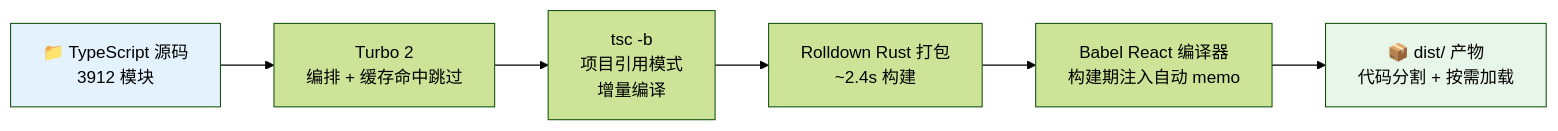
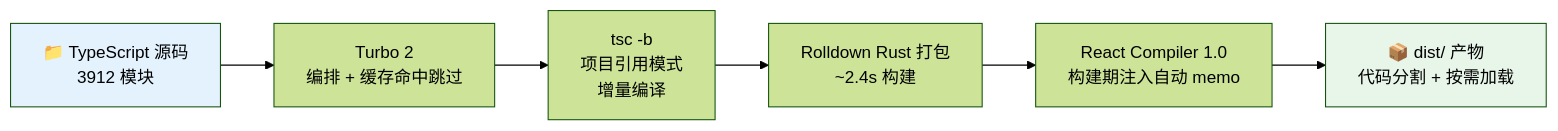
Diagram 30 of 49 in docs/S4-面试冲刺/00-面试技术亮点汇总.md (KMaybe01/interview-demo), drawn with Mermaid (forest theme) before and after one commit. The commit also changed other lines of this file and 87 other files, not shown here.

````diff
--- a/docs/S4-面试冲刺/00-面试技术亮点汇总.md
+++ b/docs/S4-面试冲刺/00-面试技术亮点汇总.md
@@ -5034,11 +5036,11 @@
 ```mermaid
 graph LR
     SRC["📁 TypeScript 源码<br/>3912 模块"] --> TURBO["Turbo 2<br/>编排 + 缓存命中跳过"]
     TURBO --> TSC["tsc -b<br/>项目引用模式<br/>增量编译"]
     TSC --> ROLLDOWN["Rolldown Rust 打包<br/>~2.4s 构建"]
-    ROLLDOWN --> BABEL["Babel React 编译器<br/>构建期注入自动 memo"]
+    ROLLDOWN --> BABEL["React Compiler 1.0<br/>构建期注入自动 memo"]
     BABEL --> DIST["📦 dist/ 产物<br/>代码分割 + 按需加载"]
 
     style SRC fill:#e3f2fd
     style DIST fill:#e8f5e9
 ```
````
